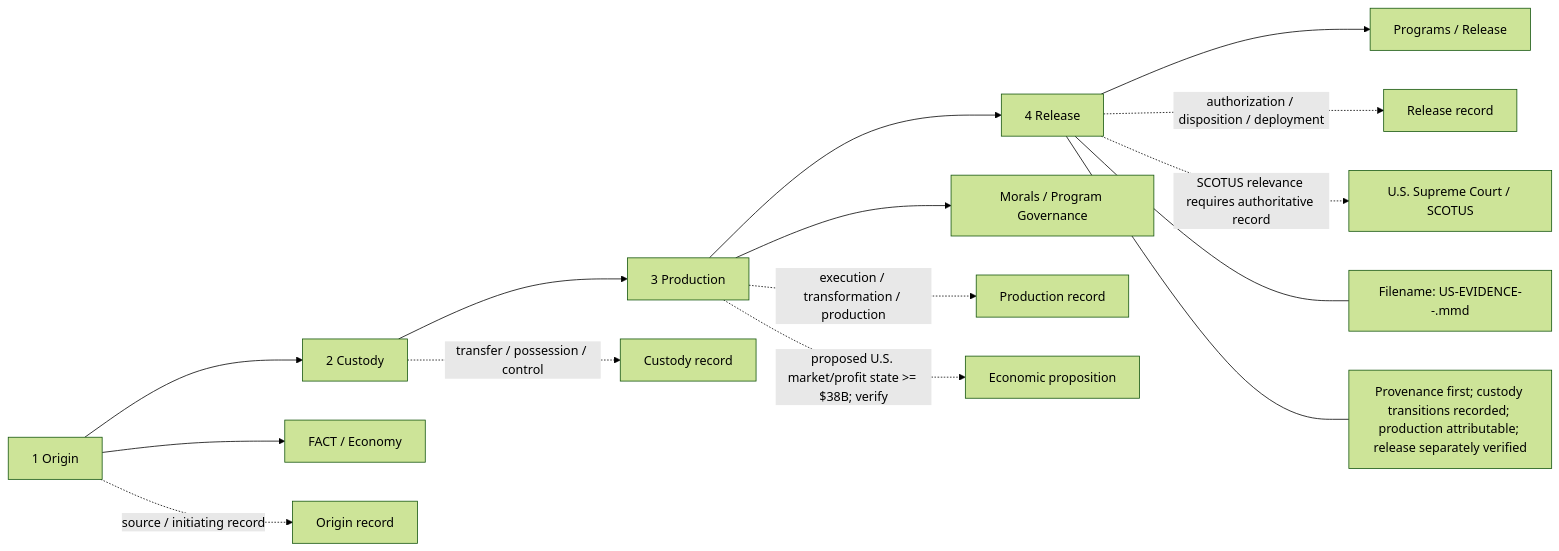
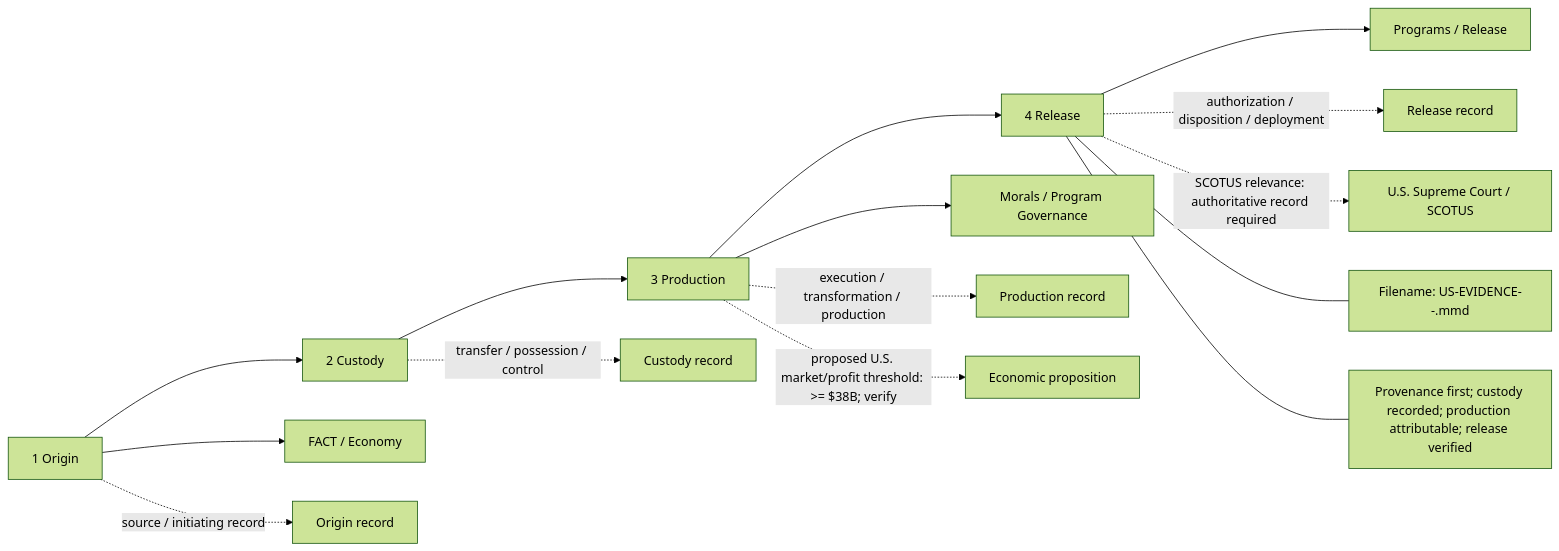
Before and after one commit to mearvk/Java.Web.Server.Telnet.Front.Java.21: the diagram in evidence/US-EVIDENCE-README.mmd, drawn with Mermaid (forest theme). The commit also changed other lines of this file, not shown here.

Commit message:
Clean and restate the proposed economic and SCOTUS heading language

````diff
--- a/evidence/US-EVIDENCE-README.mmd
+++ b/evidence/US-EVIDENCE-README.mmd
@@ -42,15 +42,15 @@
 ```mermaid
 flowchart LR
     E1["1 Origin"] --> E2["2 Custody"] --> E3["3 Production"] --> E4["4 Release"]
     E1 --> F["FACT / Economy"]
     E3 --> M["Morals / Program Governance"]
     E4 --> P["Programs / Release"]
     E1 -. "source / initiating record" .-> O["Origin record"]
     E2 -. "transfer / possession / control" .-> C["Custody record"]
     E3 -. "execution / transformation / production" .-> PR["Production record"]
     E4 -. "authorization / disposition / deployment" .-> RL["Release record"]
-    E3 -. "proposed U.S. market/profit state >= $38B; verify" .-> ECON["Economic proposition"]
-    E4 -. "SCOTUS relevance requires authoritative record" .-> SCOTUS["U.S. Supreme Court / SCOTUS"]
+    E3 -. "proposed U.S. market/profit threshold: >= $38B; verify" .-> ECON["Economic proposition"]
+    E4 -. "SCOTUS relevance: authoritative record required" .-> SCOTUS["U.S. Supreme Court / SCOTUS"]
     E4 --- S["Filename: US-EVIDENCE-<stage>-<identifier>.mmd"]
-    E4 --- R["Provenance first; custody transitions recorded; production attributable; release separately verified"]
+    E4 --- R["Provenance first; custody recorded; production attributable; release verified"]
 ```
````
